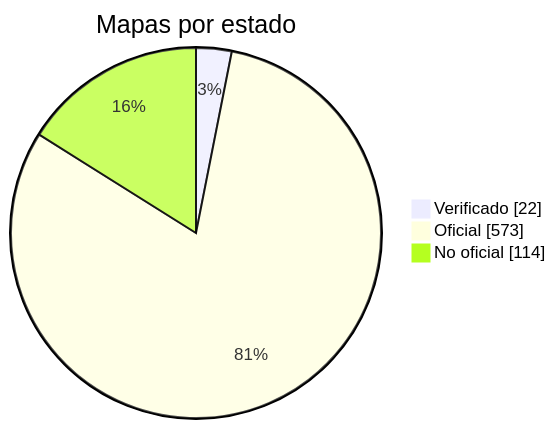
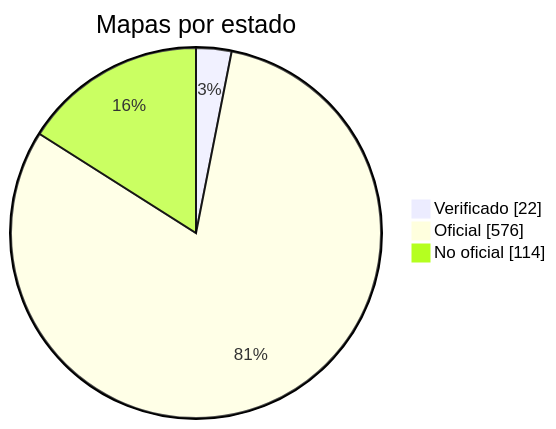
One commit to nobrega8/mbmap-library changed the diagram in docs/readme/README_ES.md. Above: the diagram before and after it, drawn with Mermaid. The commit also changed 8 other files, not shown here.

````diff
--- a/docs/readme/README_ES.md
+++ b/docs/readme/README_ES.md
@@ -54,7 +54,7 @@
 ```mermaid
 pie showData
     title Mapas por estado
     "Verificado" : 22
-    "Oficial" : 573
+    "Oficial" : 576
     "No oficial" : 114
 ```
````
